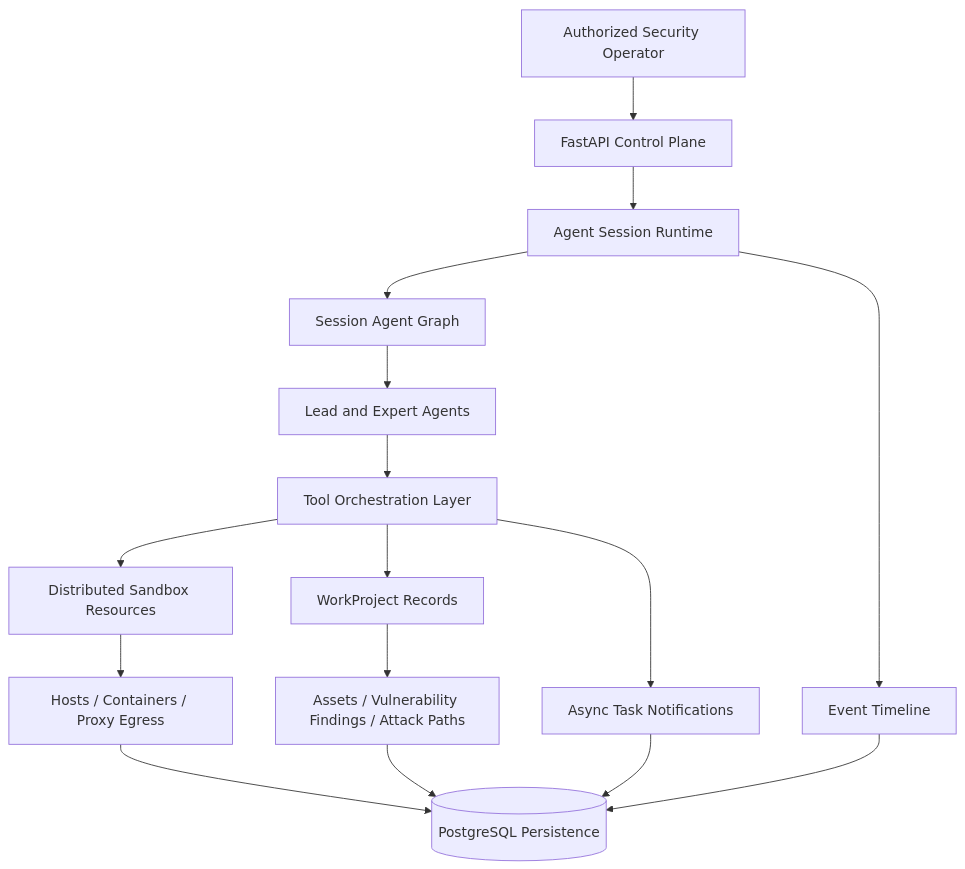
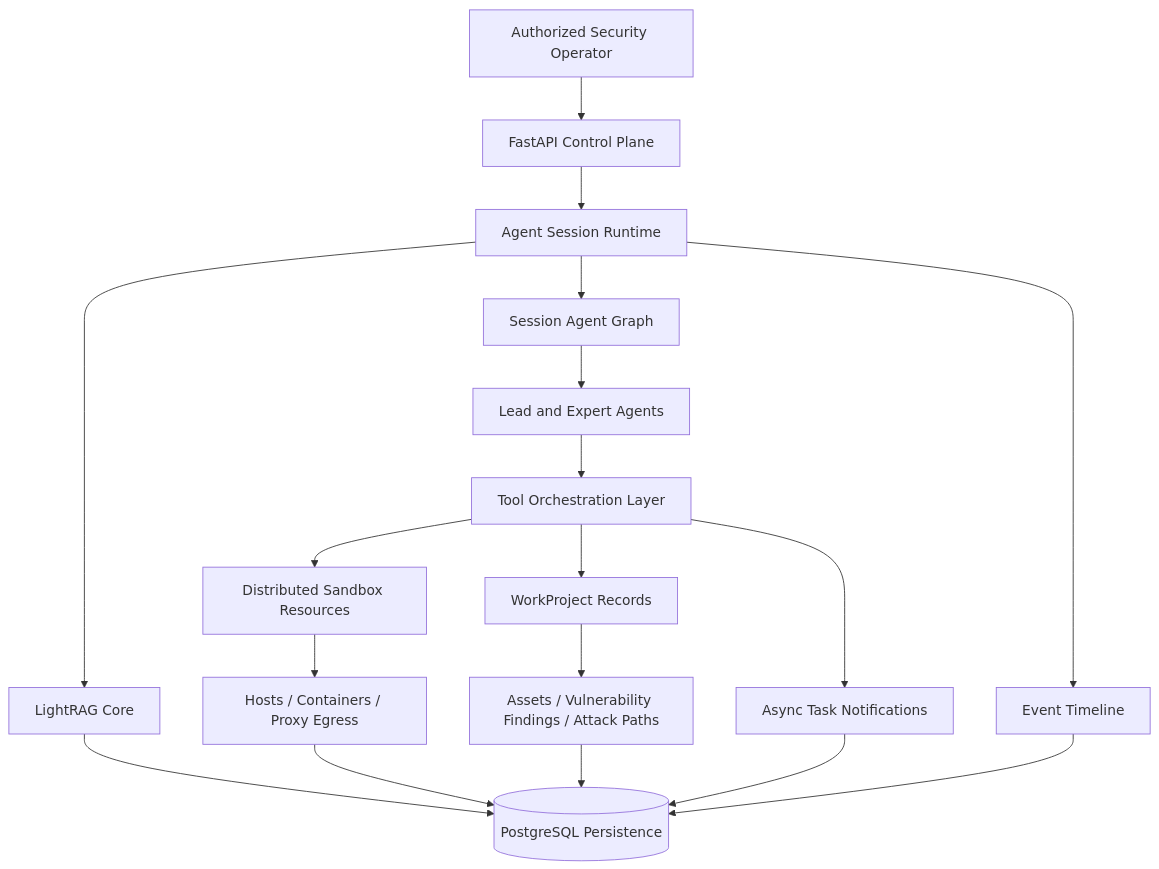
One commit to MolTau9527/Z3r0 changed the first of 2 diagrams in docs/en/guide/overview.md. Above: the diagram before and after it, drawn with Mermaid. The commit also changed other lines of this file and 99 other files, not shown here.

Commit message:
feat: Add LightRAG knowledge management and contextual retrieval

````diff
--- a/docs/en/guide/overview.md
+++ b/docs/en/guide/overview.md
@@ -37,23 +38,25 @@
 ```mermaid
 flowchart TB
   Operator["Authorized Security Operator"]
   API["FastAPI Control Plane"]
   Runtime["Agent Session Runtime"]
   Graph["Session Agent Graph"]
   Agents["Lead and Expert Agents"]
+  RAG["LightRAG Core"]
   Tools["Tool Orchestration Layer"]
   Sandbox["Distributed Sandbox Resources"]
   Hosts["Hosts / Containers / Proxy Egress"]
   Project["WorkProject Records"]
   Evidence["Assets / Vulnerability Findings / Attack Paths"]
   Async["Async Task Notifications"]
   Timeline["Event Timeline"]
   Store[("PostgreSQL Persistence")]
 
   Operator --> API --> Runtime --> Graph --> Agents --> Tools
+  Runtime --> RAG --> Store
 
   Tools --> Sandbox --> Hosts --> Store
   Tools --> Project --> Evidence --> Store
   Tools --> Async --> Store
   Runtime --> Timeline --> Store
 ```
````
